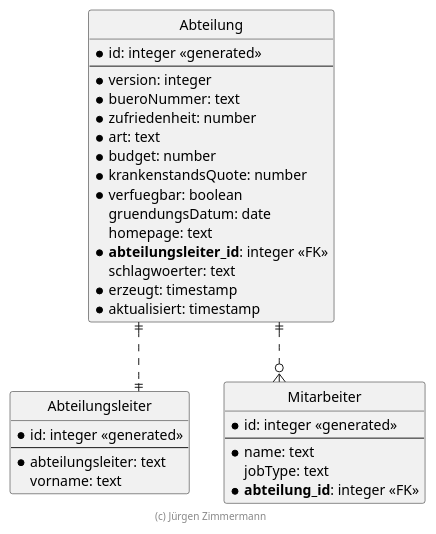
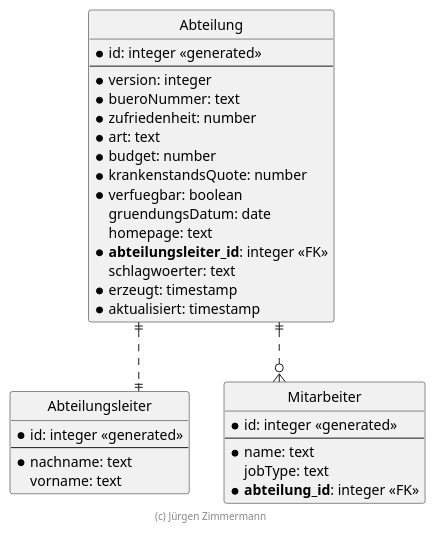
One commit to Maximw2002/abteilung-test changed the diagram in .extras/doc/projekthandbuch/ER-Diagramm.plantuml. Above: the diagram before and after it, drawn with PlantUML. The commit also changed 15 other files, not shown here.

```diff
--- a/.extras/doc/projekthandbuch/ER-Diagramm.plantuml
+++ b/.extras/doc/projekthandbuch/ER-Diagramm.plantuml
@@ -18,47 +18,47 @@
 @startuml ER Diagramm
 
 ' hide the spot
 hide circle
 
 ' evtl. Prbleme mit Kraehenfuessen vermeiden
 skinparam linetype ortho
 
 entity "Abteilung" {
   * id: integer <<generated>>
   --
   * version: integer
   * bueroNummer: text
   * zufriedenheit: number
   * art: text
   * budget: number
   * krankenstandsQuote: number
   * verfuegbar: boolean
     gruendungsDatum: date
     homepage: text
   * **abteilungsleiter_id**: integer <<FK>>
     schlagwoerter: text
   * erzeugt: timestamp
   * aktualisiert: timestamp
 }
 
 entity "Abteilungsleiter" {
   * id: integer <<generated>>
   --
-  * abteilungsleiter: text
+  * nachname: text
     vorname: text
 }
 
 entity "Mitarbeiter" {
   * id: integer <<generated>>
   --
   * name: text
     jobType: text
   * **abteilung_id**: integer <<FK>>
 }
 
 Abteilung ||..|| Abteilungsleiter
 Abteilung ||..o{ Mitarbeiter
 
 footer (c) Jürgen Zimmermann
 
 @enduml
```
